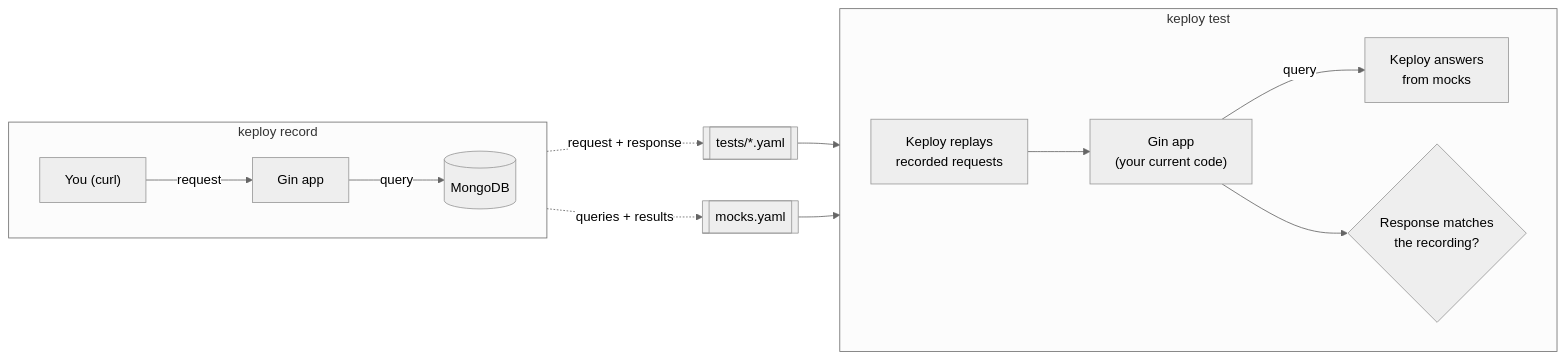
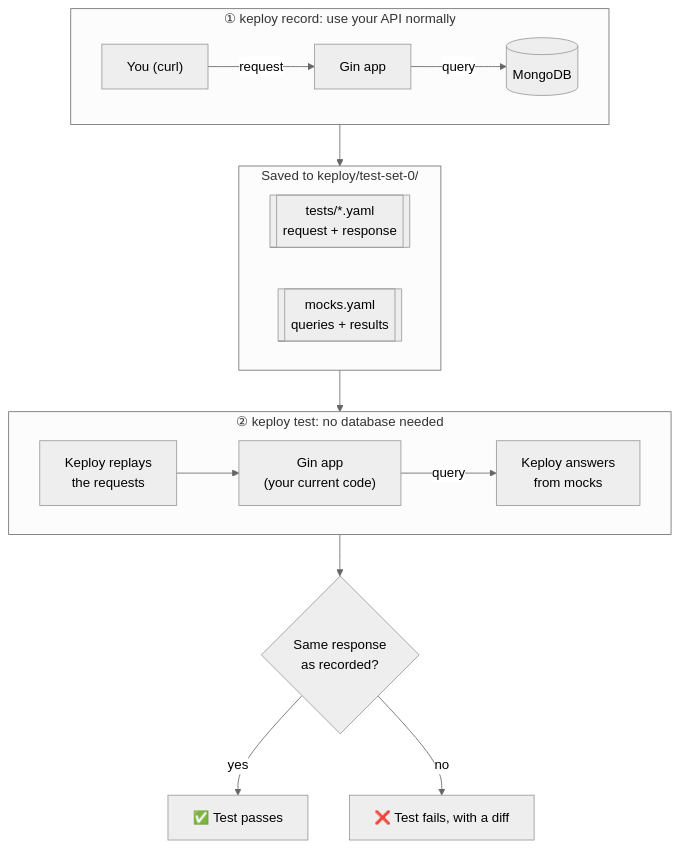
One commit to Ayush1075/keploy-go-quickstart-tutorial changed the first of 2 diagrams in README.md. Above: the diagram before and after it, drawn with Mermaid (neutral theme). The commit also changed other lines of this file and 2 other files, not shown here.

Commit message:
Make the README diagrams read top to bottom; drop unused previews

````diff
--- a/README.md
+++ b/README.md
@@ -130,18 +130,20 @@
 ```mermaid
-flowchart LR
-  subgraph REC["keploy record"]
+flowchart TB
+  subgraph REC["① keploy record: use your API normally"]
     direction LR
-    C1["You (curl)"] -->|request| A1["Gin app"]
-    A1 -->|query| D1[("MongoDB")]
+    C1["You (curl)"] -->|request| A1["Gin app"] -->|query| D1[("MongoDB")]
   end
-  subgraph TEST["keploy test"]
+  subgraph FILES["Saved to keploy/test-set-0/"]
     direction LR
-    K1["Keploy replays<br/>recorded requests"] --> A2["Gin app<br/>(your current code)"]
-    A2 -->|query| K2["Keploy answers<br/>from mocks"]
-    A2 --> V{"Response matches<br/>the recording?"}
+    T[["tests/*.yaml<br/>request + response"]]
+    M[["mocks.yaml<br/>queries + results"]]
   end
-  A1 -. "request + response" .-> T[["tests/*.yaml"]]
-  D1 -. "queries + results" .-> M[["mocks.yaml"]]
-  T --> K1
-  M --> K2
+  subgraph TEST["② keploy test: no database needed"]
+    direction LR
+    K1["Keploy replays<br/>the requests"] --> A2["Gin app<br/>(your current code)"] -->|query| K2["Keploy answers<br/>from mocks"]
+  end
+  REC --> FILES --> TEST
+  TEST --> V{"Same response<br/>as recorded?"}
+  V -->|yes| PASS["✅ Test passes"]
+  V -->|no| FAIL["❌ Test fails, with a diff"]
 ```
````
